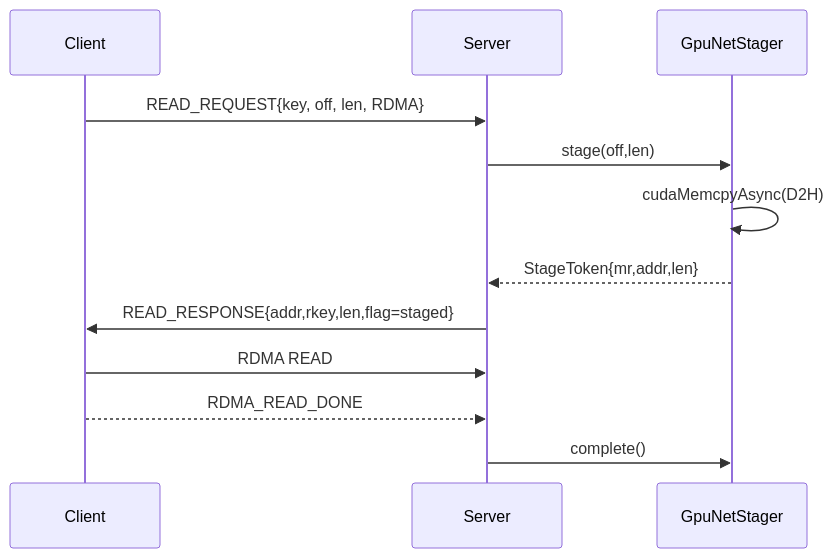
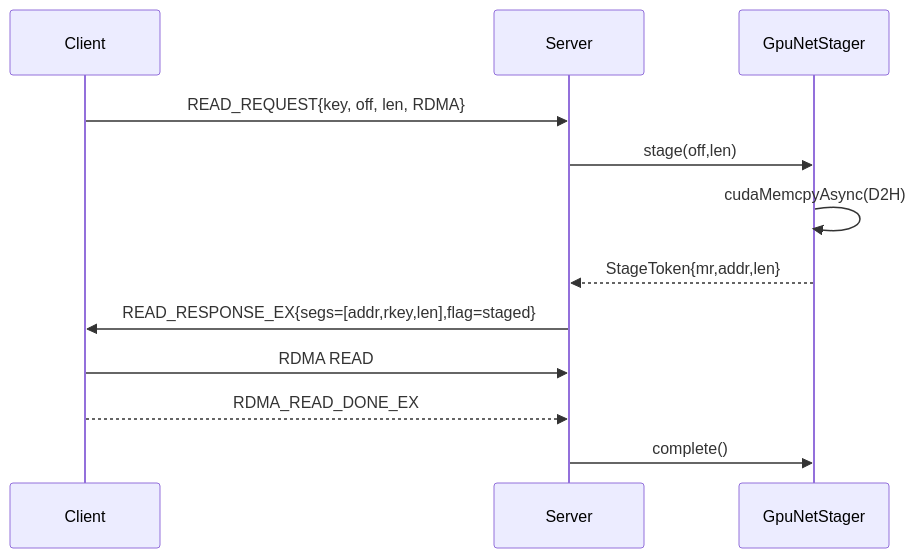
Before and after one commit to tensorcast-ai/tensorcast: the fourth of 6 diagrams in rfcs/0009-unified-memory-stager-and-staged-p2p.md, drawn with Mermaid. The commit also changed other lines of this file and 32 other files, not shown here.

````diff
--- a/rfcs/0009-unified-memory-stager-and-staged-p2p.md
+++ b/rfcs/0009-unified-memory-stager-and-staged-p2p.md
@@ -363,15 +357,15 @@
 ```mermaid
 sequenceDiagram
   participant Cl as Client
   participant Sv as Server
   participant ST as GpuNetStager
 
   Cl->>Sv: READ_REQUEST{key, off, len, RDMA}
   Sv->>ST: stage(off,len)
   ST->>ST: cudaMemcpyAsync(D2H)
   ST-->>Sv: StageToken{mr,addr,len}
-  Sv->>Cl: READ_RESPONSE{addr,rkey,len,flag=staged}
+  Sv->>Cl: READ_RESPONSE_EX{segs=[addr,rkey,len],flag=staged}
   Cl->>Sv: RDMA READ
-  Cl-->>Sv: RDMA_READ_DONE
+  Cl-->>Sv: RDMA_READ_DONE_EX
   Sv->>ST: complete()
 ```
````
